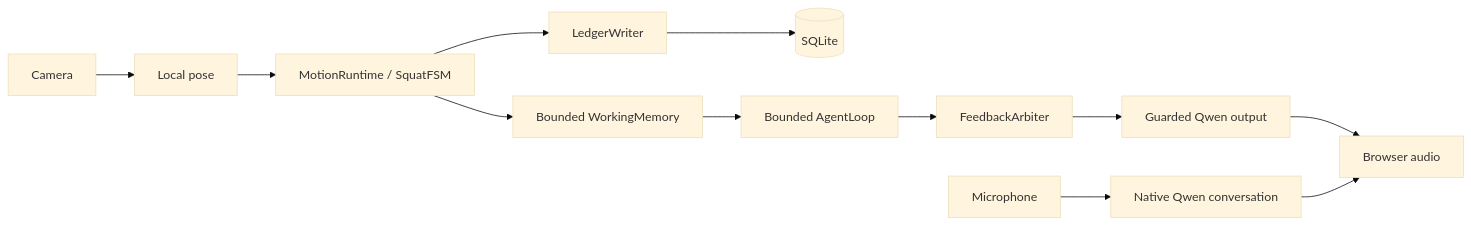
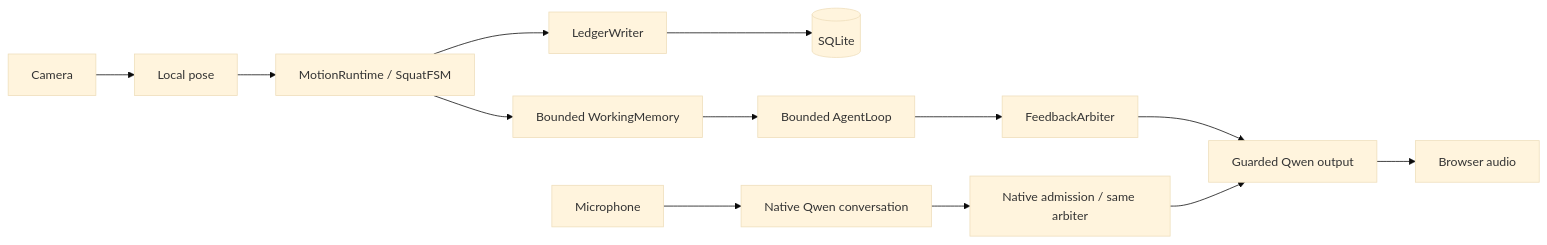
One commit to lyy26299/motion-relay changed the diagram in README.md. Above: the diagram before and after it, drawn with Mermaid (base theme). The commit also changed other lines of this file and 7 other files, not shown here.

Commit message:
docs: synchronize architecture, migration and verified V2.1 results

````diff
--- a/README.md
+++ b/README.md
@@ -9,14 +9,15 @@
 ```mermaid
 flowchart LR
   C[Camera] --> P[Local pose]
   P --> M[MotionRuntime / SquatFSM]
   M --> W[Bounded WorkingMemory]
   M --> L[LedgerWriter]
   L --> D[(SQLite)]
   W --> A[Bounded AgentLoop]
   A --> F[FeedbackArbiter]
   F --> Q[Guarded Qwen output]
   MIC[Microphone] --> N[Native Qwen conversation]
   Q --> B[Browser audio]
-  N --> B
+  N --> G[Native admission / same arbiter]
+  G --> Q
 ```
````
